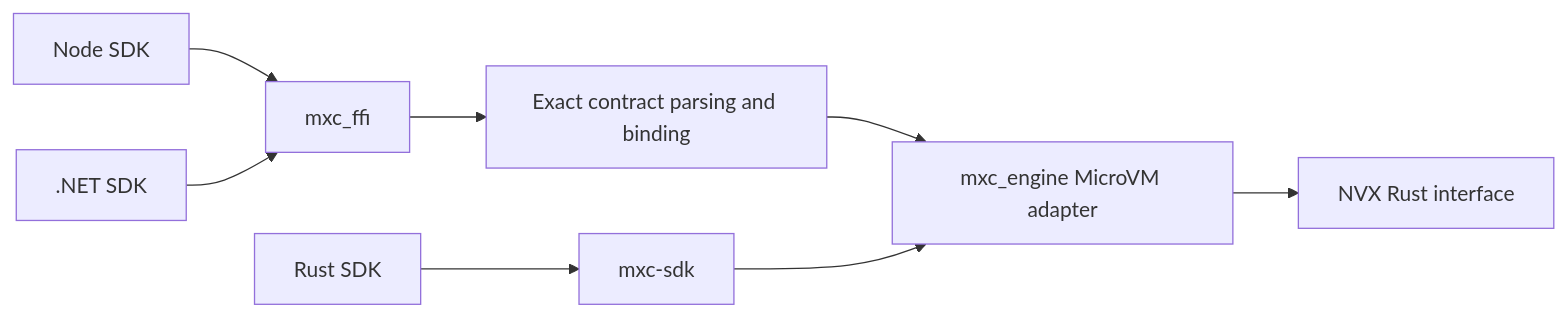
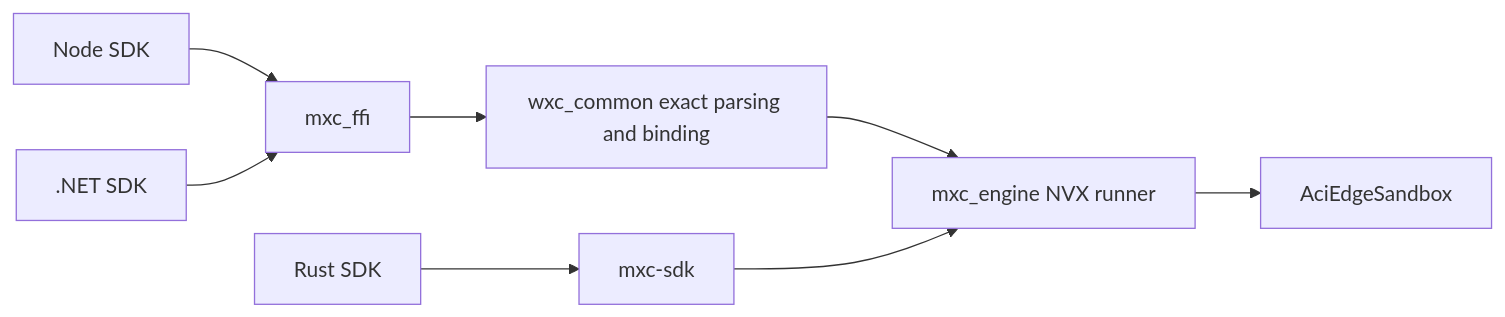
The second of 4 diagrams in docs/nvx-integration.md (microsoft/mxc), drawn with Mermaid before and after one commit. The commit also changed other lines of this file and 2 other files, not shown here.

Commit message:
Refine NVX integration documentation

````diff
--- a/docs/nvx-integration.md
+++ b/docs/nvx-integration.md
@@ -381,10 +893,10 @@
 ```mermaid
 flowchart LR
     Rust["Rust SDK"] --> RustSdk["mxc-sdk"]
     Node["Node SDK"] --> FFI["mxc_ffi"]
     DotNet[".NET SDK"] --> FFI
-    FFI --> Parser["Exact contract parsing and binding"]
-    Parser --> Engine["mxc_engine MicroVM adapter"]
-    RustSdk --> Engine
-    Engine --> NVX["NVX Rust interface"]
+    FFI --> Parser["wxc_common exact parsing and binding"]
+    Parser --> Runner["mxc_engine NVX runner"]
+    RustSdk --> Runner
+    Runner --> NVX["AciEdgeSandbox"]
 ```
````
